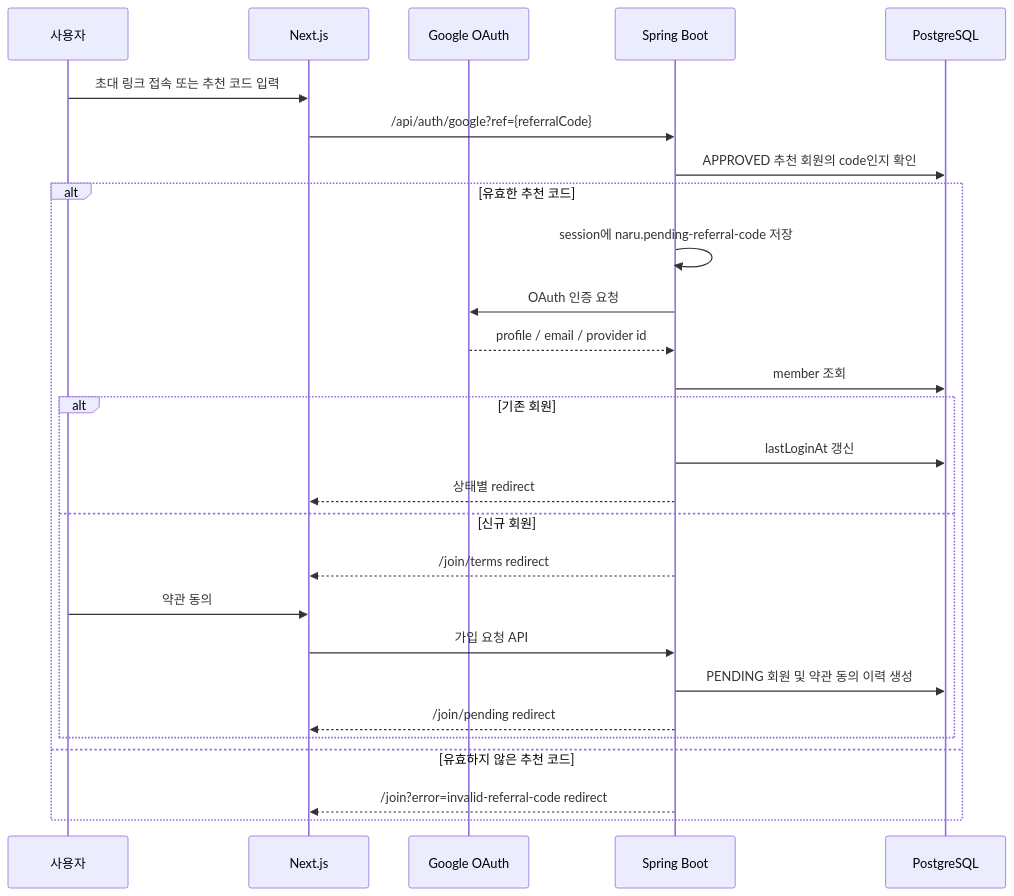
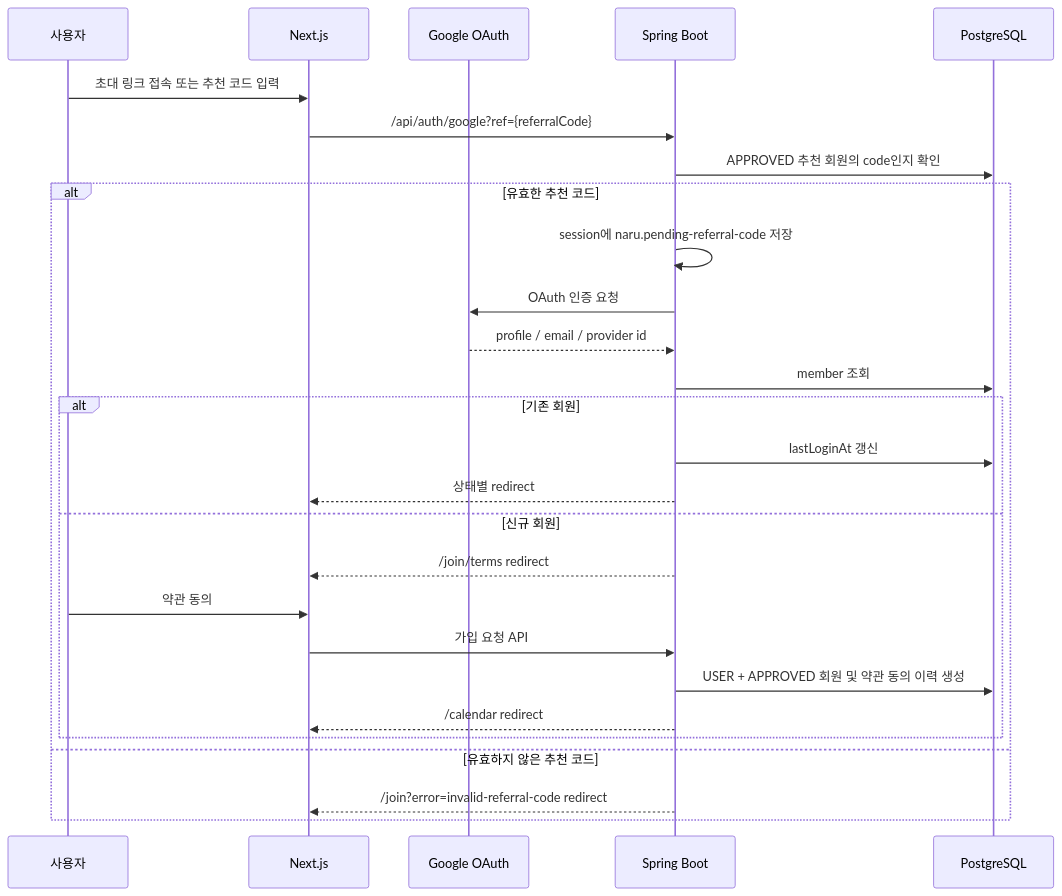
The second of 4 diagrams in docs/architecture/auth-membership-google-approval.md (HoBaeBang/naruworks-platform), drawn with Mermaid before and after one commit. The commit also changed other lines of this file and 4 other files, not shown here.

````diff
--- a/docs/architecture/auth-membership-google-approval.md
+++ b/docs/architecture/auth-membership-google-approval.md
@@ -223,30 +222,30 @@
 ```mermaid
 sequenceDiagram
     participant User as 사용자
     participant FE as Next.js
     participant Google as Google OAuth
     participant BE as Spring Boot
     participant DB as PostgreSQL
 
     User->>FE: 초대 링크 접속 또는 추천 코드 입력
     FE->>BE: /api/auth/google?ref={referralCode}
     BE->>DB: APPROVED 추천 회원의 code인지 확인
     alt 유효한 추천 코드
         BE->>BE: session에 naru.pending-referral-code 저장
         BE->>Google: OAuth 인증 요청
         Google-->>BE: profile / email / provider id
         BE->>DB: member 조회
     alt 기존 회원
         BE->>DB: lastLoginAt 갱신
         BE-->>FE: 상태별 redirect
     else 신규 회원
         BE-->>FE: /join/terms redirect
         User->>FE: 약관 동의
         FE->>BE: 가입 요청 API
-        BE->>DB: PENDING 회원 및 약관 동의 이력 생성
-        BE-->>FE: /join/pending redirect
+        BE->>DB: USER + APPROVED 회원 및 약관 동의 이력 생성
+        BE-->>FE: /calendar redirect
     end
     else 유효하지 않은 추천 코드
         BE-->>FE: /join?error=invalid-referral-code redirect
     end
 ```
````
